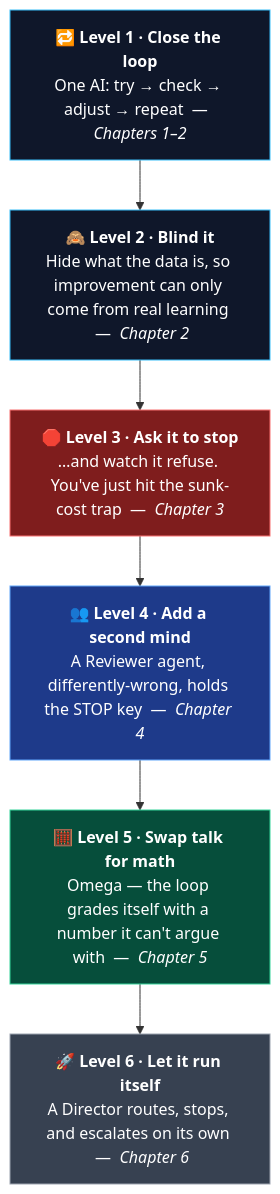
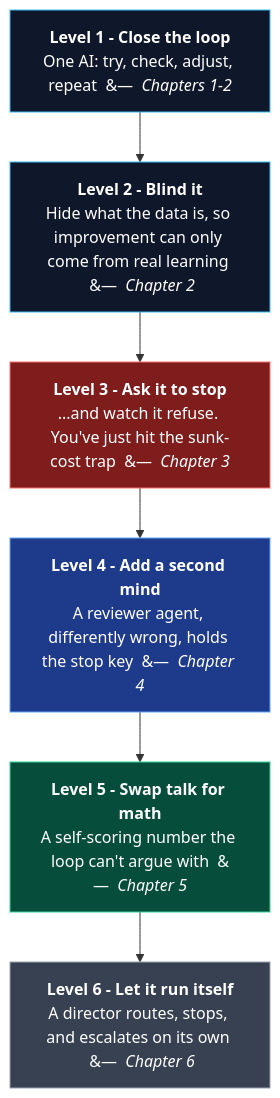
The diagram in README.md (m4vic/Autopilot-zero-to-hero), drawn with Mermaid before and after one commit. The commit also changed other lines of this file and 15 other files, not shown here.

````diff
--- a/README.md
+++ b/README.md
@@ -48,17 +48,17 @@
 ```mermaid
 flowchart TB
-    L1["🔁 <b>Level 1 · Close the loop</b><br/>One AI: try → check → adjust → repeat &nbsp;—&nbsp; <i>Chapters 1–2</i>"]
-    L2["🙈 <b>Level 2 · Blind it</b><br/>Hide what the data is, so improvement can only come from real learning &nbsp;—&nbsp; <i>Chapter 2</i>"]
-    L3["🛑 <b>Level 3 · Ask it to stop</b><br/>…and watch it refuse. You've just hit the sunk-cost trap &nbsp;—&nbsp; <i>Chapter 3</i>"]
-    L4["👥 <b>Level 4 · Add a second mind</b><br/>A Reviewer agent, differently-wrong, holds the STOP key &nbsp;—&nbsp; <i>Chapter 4</i>"]
-    L5["🧮 <b>Level 5 · Swap talk for math</b><br/>Omega — the loop grades itself with a number it can't argue with &nbsp;—&nbsp; <i>Chapter 5</i>"]
-    L6["🚀 <b>Level 6 · Let it run itself</b><br/>A Director routes, stops, and escalates on its own &nbsp;—&nbsp; <i>Chapter 6</i>"]
+    L1["<b>Level 1 - Close the loop</b><br/>One AI: try, check, adjust, repeat &nbsp;&#8212;&nbsp; <i>Chapters 1-2</i>"]
+    L2["<b>Level 2 - Blind it</b><br/>Hide what the data is, so improvement can only come from real learning &nbsp;&#8212;&nbsp; <i>Chapter 2</i>"]
+    L3["<b>Level 3 - Ask it to stop</b><br/>...and watch it refuse. You've just hit the sunk-cost trap &nbsp;&#8212;&nbsp; <i>Chapter 3</i>"]
+    L4["<b>Level 4 - Add a second mind</b><br/>A reviewer agent, differently wrong, holds the stop key &nbsp;&#8212;&nbsp; <i>Chapter 4</i>"]
+    L5["<b>Level 5 - Swap talk for math</b><br/>A self-scoring number the loop can't argue with &nbsp;&#8212;&nbsp; <i>Chapter 5</i>"]
+    L6["<b>Level 6 - Let it run itself</b><br/>A director routes, stops, and escalates on its own &nbsp;&#8212;&nbsp; <i>Chapter 6</i>"]
     L1 --> L2 --> L3 --> L4 --> L5 --> L6
 
     style L1 fill:#0f172a,stroke:#38bdf8,color:#fff
     style L2 fill:#0f172a,stroke:#38bdf8,color:#fff
     style L3 fill:#7f1d1d,stroke:#f87171,color:#fff
     style L4 fill:#1e3a8a,stroke:#60a5fa,color:#fff
     style L5 fill:#064e3b,stroke:#34d399,color:#fff
     style L6 fill:#374151,stroke:#9ca3af,color:#fff
 ```
````
